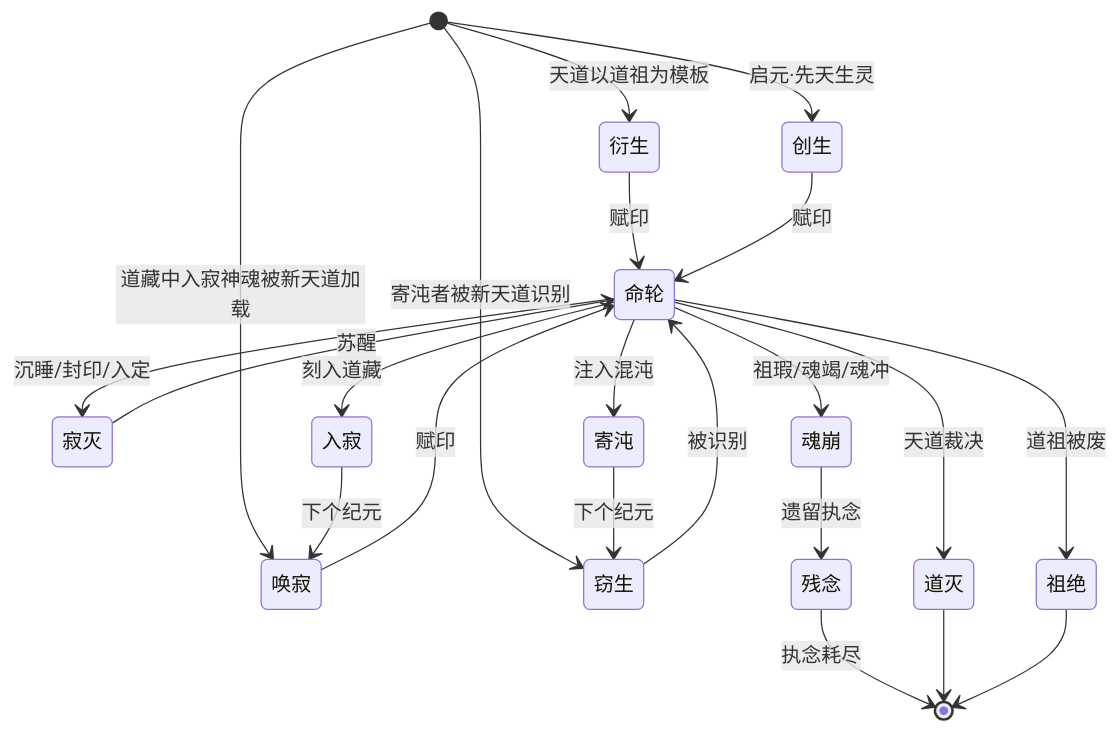
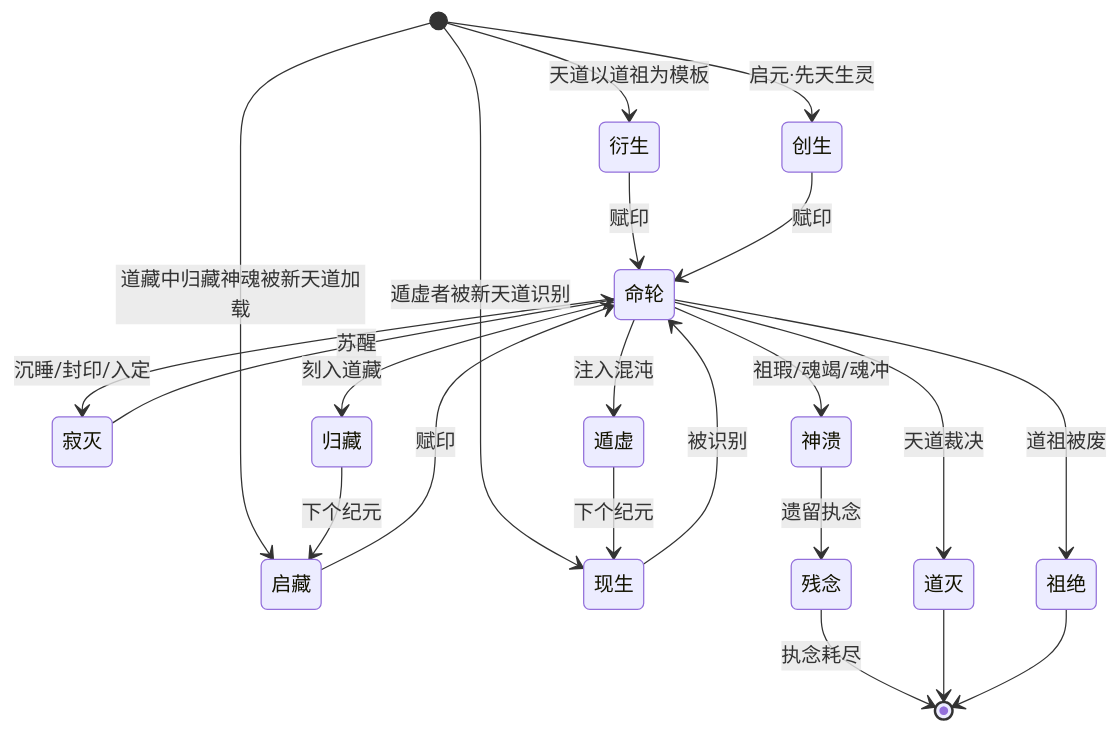
The second of 2 diagrams in myworld.md (mrbeardad/SeeCheatSheets), drawn with Mermaid before and after one commit. The commit also changed other lines of this file and 1 other file, not shown here.

````diff
--- a/myworld.md
+++ b/myworld.md
@@ -207,28 +339,28 @@
 ```mermaid
 stateDiagram-v2
     [*] --> 衍生: 天道以道祖为模板
     [*] --> 创生: 启元·先天生灵
-    [*] --> 唤寂: 道藏中入寂神魂被新天道加载
-    [*] --> 窃生: 寄沌者被新天道识别
+    [*] --> 启藏: 道藏中归藏神魂被新天道加载
+    [*] --> 现生: 遁虚者被新天道识别
 
     衍生 --> 命轮: 赋印
     创生 --> 命轮: 赋印
-    唤寂 --> 命轮: 赋印
-    窃生 --> 命轮: 被识别
+    启藏 --> 命轮: 赋印
+    现生 --> 命轮: 被识别
 
     命轮 --> 寂灭: 沉睡/封印/入定
     寂灭 --> 命轮: 苏醒
 
-    命轮 --> 魂崩: 祖瑕/魂竭/魂冲
+    命轮 --> 神溃: 祖瑕/魂竭/魂冲
     命轮 --> 道灭: 天道裁决
     命轮 --> 祖绝: 道祖被废
-    命轮 --> 入寂: 刻入道藏
-    命轮 --> 寄沌: 注入混沌
+    命轮 --> 归藏: 刻入道藏
+    命轮 --> 遁虚: 注入混沌
 
-    魂崩 --> 残念: 遗留执念
+    神溃 --> 残念: 遗留执念
     残念 --> [*]: 执念耗尽
     道灭 --> [*]
     祖绝 --> [*]
-    入寂 --> 唤寂: 下个纪元
-    寄沌 --> 窃生: 下个纪元
+    归藏 --> 启藏: 下个纪元
+    遁虚 --> 现生: 下个纪元
 ```
````
